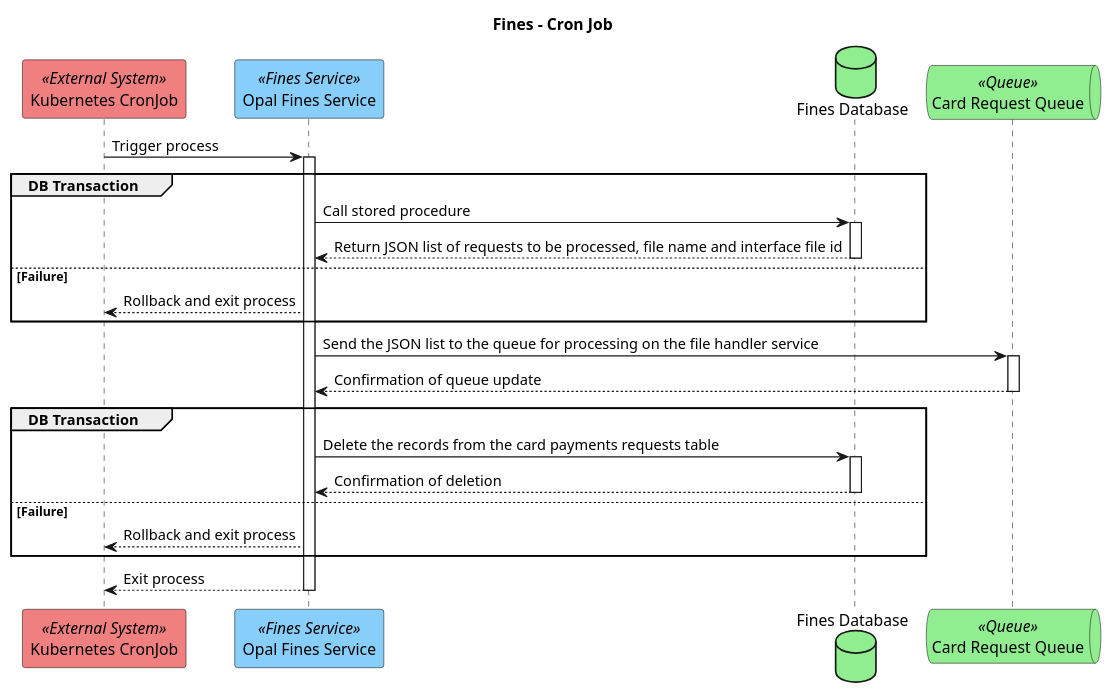
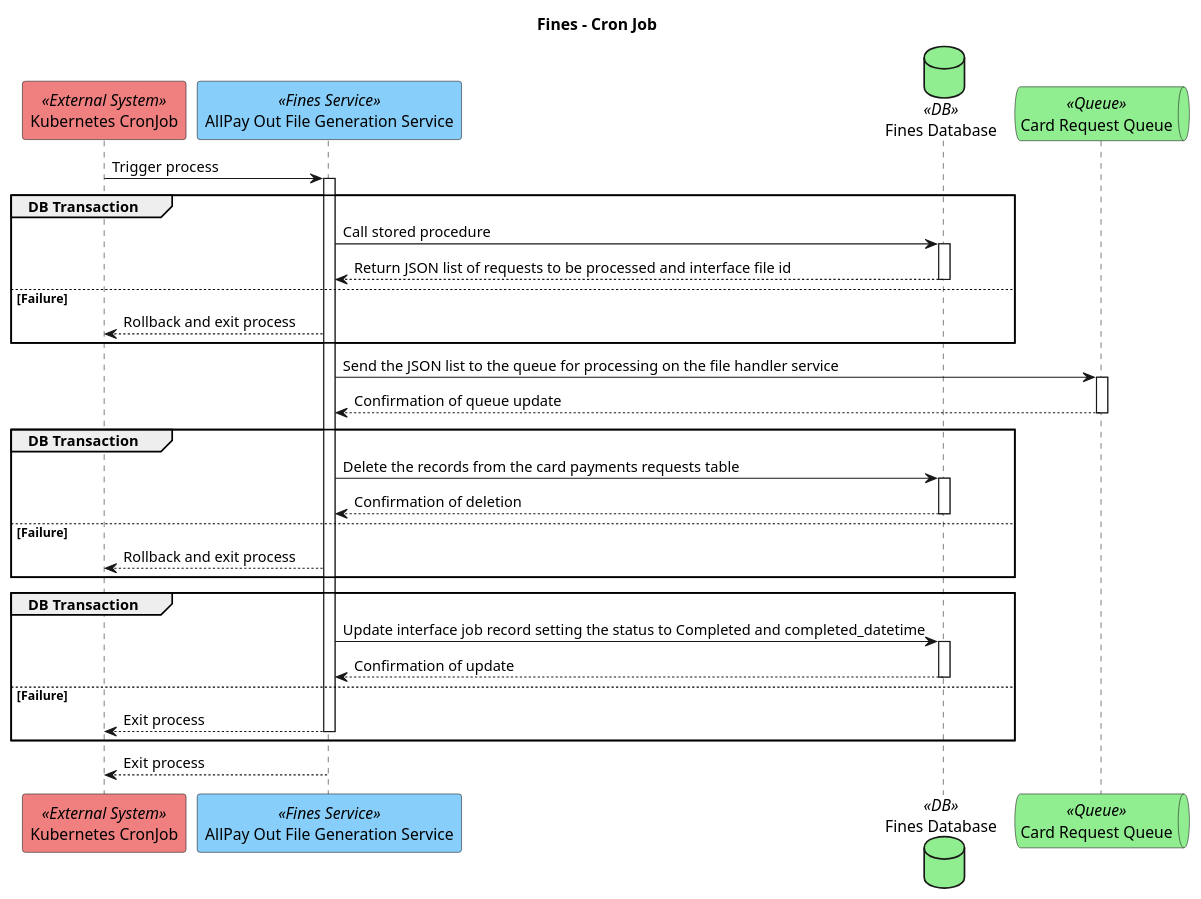
The diagram in plantUML/external-interfaces/ei7-cron-job.puml (hmcts/opal-docs), drawn with PlantUML before and after one commit. The commit also changed 1 other file, not shown here.

Commit message:
Changing EI7 diagrams as per DPJ comments.

```diff
--- a/plantUML/external-interfaces/ei7-cron-job.puml
+++ b/plantUML/external-interfaces/ei7-cron-job.puml
@@ -1,24 +1,30 @@
 @startuml
 title "Fines - Cron Job"
 participant "Kubernetes CronJob" as cronjob <<External System>> #LightCoral
-participant "Opal Fines Service" as finesService <<Fines Service>> #LightSkyBlue
-database "Fines Database" as finesDb #LightGreen
+participant "AllPay Out File Generation Service" as finesService <<Fines Service>> #LightSkyBlue
+database "Fines Database" as finesDb <<DB>> #LightGreen
 queue "Card Request Queue" as cardRequestQueue <<Queue>> #lightgreen
 
 cronjob -> finesService ++ : Trigger process
 group DB Transaction
     finesService -> finesDb ++ : Call stored procedure
-    finesDb --> finesService -- : Return JSON list of requests to be processed, file name and interface file id
+    finesDb --> finesService -- : Return JSON list of requests to be processed and interface file id
 else Failure
     finesService --> cronjob : Rollback and exit process
 end
 finesService -> cardRequestQueue ++ : Send the JSON list to the queue for processing on the file handler service
 cardRequestQueue --> finesService -- : Confirmation of queue update
 group DB Transaction
     finesService -> finesDb ++ : Delete the records from the card payments requests table
     finesDb --> finesService -- : Confirmation of deletion
 else Failure
     finesService --> cronjob : Rollback and exit process
 end
+group DB Transaction
+    finesService -> finesDb ++ : Update interface job record setting the status to Completed and completed_datetime
+    finesDb --> finesService -- : Confirmation of update
+else Failure
+    finesService --> cronjob -- : Exit process
+end
 finesService --> cronjob -- : Exit process
 @enduml
```
